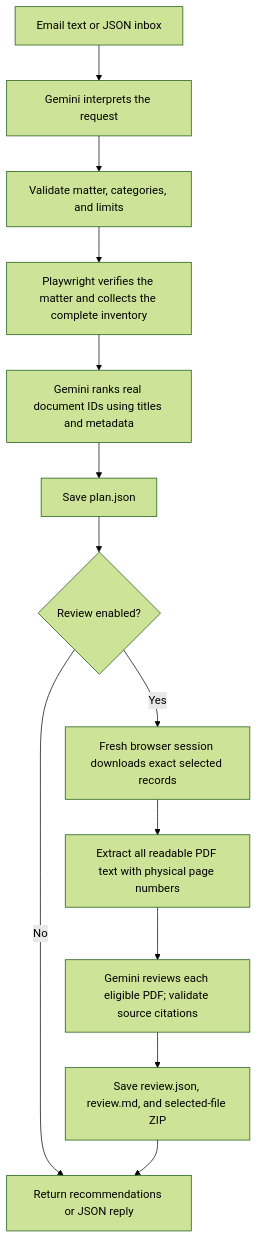
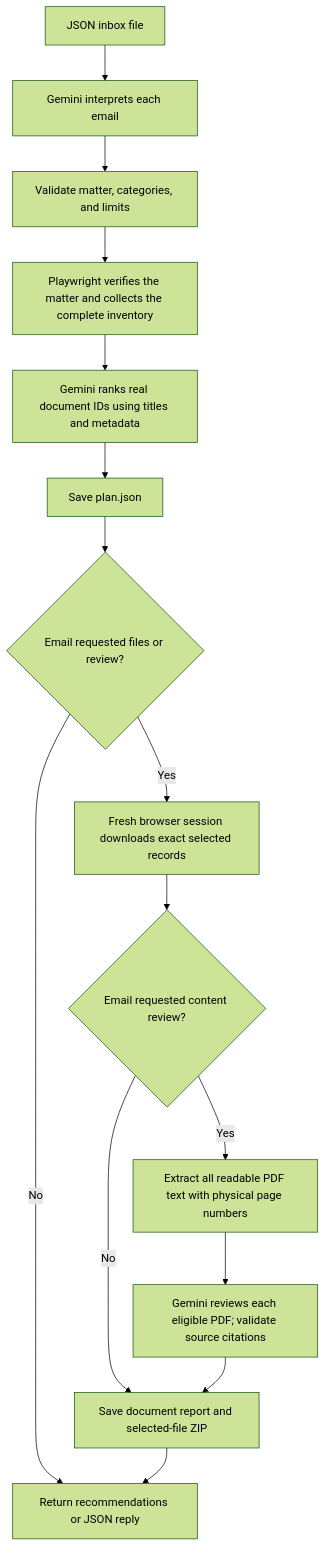
One commit to Taha-M567/Senpilot_OA changed the diagram in README.md. Above: the diagram before and after it, drawn with Mermaid (forest theme). The commit also changed other lines of this file and 18 other files, not shown here.

Commit message:
Make JSON inbox the sole CLI entry point

````diff
--- a/README.md
+++ b/README.md
@@ -85,15 +92,17 @@
 ```mermaid
 flowchart TD
-    Input[Email text or JSON inbox] --> Interpret[Gemini interprets the request]
+    Input[JSON inbox file] --> Interpret[Gemini interprets each email]
     Interpret --> Validate[Validate matter, categories, and limits]
     Validate --> Inventory[Playwright verifies the matter and collects the complete inventory]
     Inventory --> Rank[Gemini ranks real document IDs using titles and metadata]
     Rank --> Plan[Save plan.json]
-    Plan --> Review{Review enabled?}
-    Review -->|No| Reply[Return recommendations or JSON reply]
-    Review -->|Yes| Download[Fresh browser session downloads exact selected records]
-    Download --> Extract[Extract all readable PDF text with physical page numbers]
+    Plan --> Files{Email requested files or review?}
+    Files -->|No| Reply[Return recommendations or JSON reply]
+    Files -->|Yes| Download[Fresh browser session downloads exact selected records]
+    Download --> Review{Email requested content review?}
+    Review -->|No| Output[Save document report and selected-file ZIP]
+    Review -->|Yes| Extract[Extract all readable PDF text with physical page numbers]
     Extract --> Findings[Gemini reviews each eligible PDF; validate source citations]
-    Findings --> Output[Save review.json, review.md, and selected-file ZIP]
+    Findings --> Output
     Output --> Reply
 ```
````
